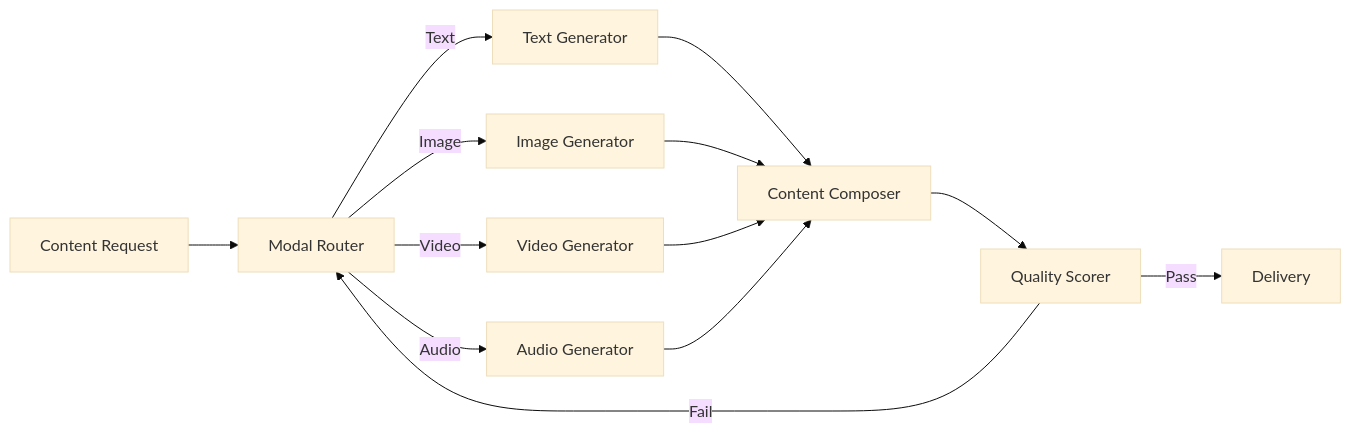
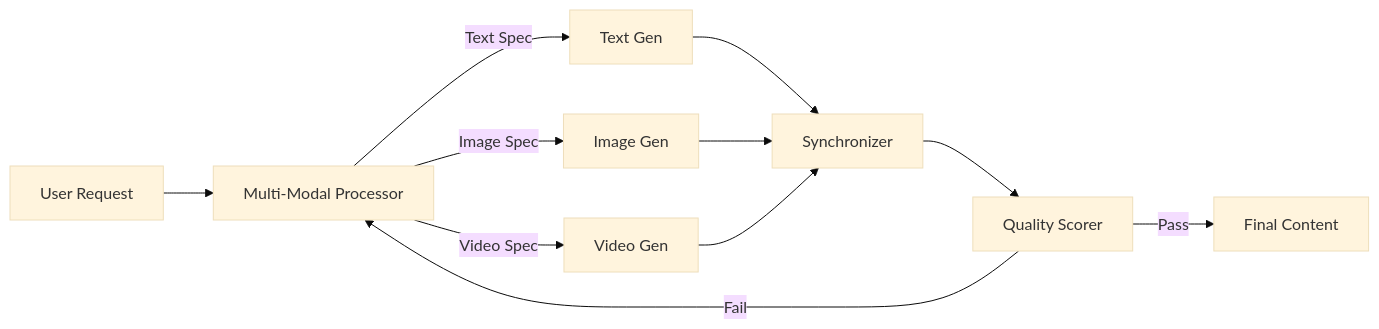
One commit to GaboBase/gabobase-ASM-docs changed the diagram in docs/content/HMMAF.md. Above: the diagram before and after it, drawn with Mermaid (base theme). The commit also changed other lines of this file and 2 other files, not shown here.

Commit message:
📚 Add FLSIN, HMMAF, and DCE architecture documentation

````diff
--- a/docs/content/HMMAF.md
+++ b/docs/content/HMMAF.md
@@ -9,18 +9,16 @@
 ```mermaid
 graph LR
-    Request[Content Request] --> Router[Modal Router]
+    Input[User Request] --> MMP[Multi-Modal Processor]
     
-    Router --> |Text| TG[Text Generator]
-    Router --> |Image| IG[Image Generator]
-    Router --> |Video| VG[Video Generator]
-    Router --> |Audio| AG[Audio Generator]
+    MMP --> |Text Spec| TG[Text Gen]
+    MMP --> |Image Spec| IG[Image Gen]
+    MMP --> |Video Spec| VG[Video Gen]
     
-    TG --> Composer[Content Composer]
-    IG --> Composer
-    VG --> Composer
-    AG --> Composer
+    TG --> Sync[Synchronizer]
+    IG --> Sync
+    VG --> Sync
     
-    Composer --> QS[Quality Scorer]
-    QS --> |Pass| Delivery
-    QS --> |Fail| Router
+    Sync --> QS[Quality Scorer]
+    QS --> |Pass| Output[Final Content]
+    QS --> |Fail| MMP
 ```
````
